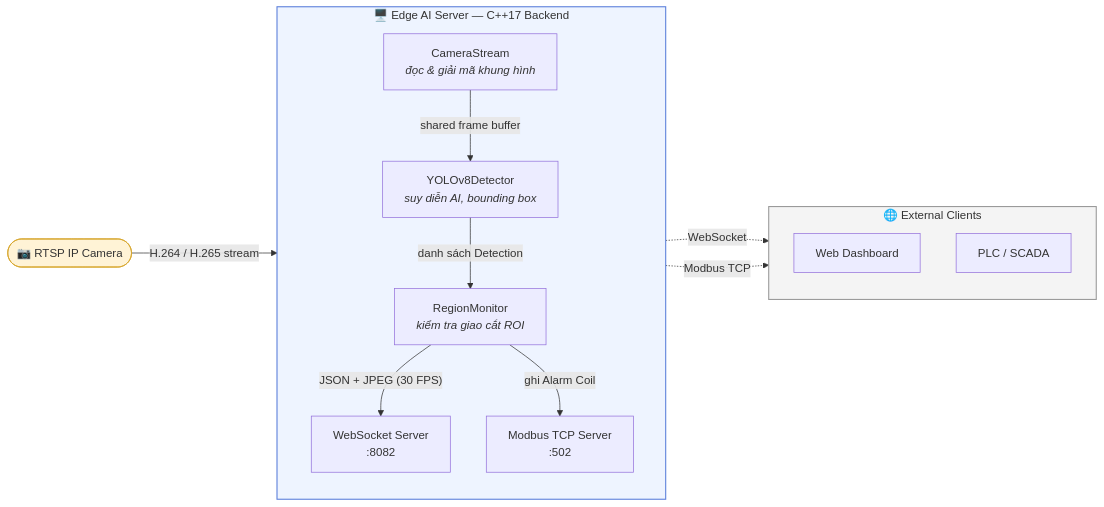
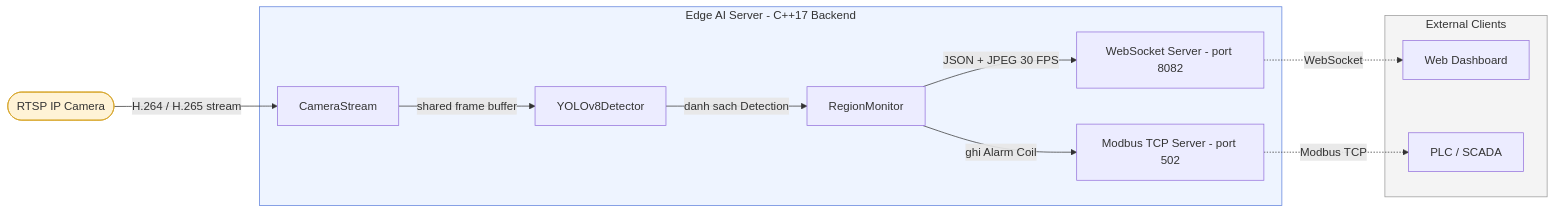
One commit to duchoang206/Machine-Vision-Tutorial changed the first of 4 diagrams in README.md. Above: the diagram before and after it, drawn with Mermaid. The commit also changed other lines of this file, not shown here.

````diff
--- a/README.md
+++ b/README.md
@@ -154,32 +103,30 @@
 ```mermaid
 flowchart LR
-    Cam(["📷 RTSP IP Camera"])
+    Cam(["RTSP IP Camera"])
 
-    subgraph Edge["🖥️ Edge AI Server — C++17 Backend"]
-        direction TB
-        CamMod["CameraStream<br/><i>đọc & giải mã khung hình</i>"]
-        AIMod["YOLOv8Detector<br/><i>suy diễn AI, bounding box</i>"]
-        ROIMod["RegionMonitor<br/><i>kiểm tra giao cắt ROI</i>"]
-        WSMod["WebSocket Server<br/>:8082"]
-        MBMod["Modbus TCP Server<br/>:502"]
+    subgraph Edge["Edge AI Server - C++17 Backend"]
+        CamMod["CameraStream"]
+        AIMod["YOLOv8Detector"]
+        ROIMod["RegionMonitor"]
+        WSMod["WebSocket Server - port 8082"]
+        MBMod["Modbus TCP Server - port 502"]
 
-        CamMod -- "shared frame buffer" --> AIMod
-        AIMod -- "danh sách Detection" --> ROIMod
-        ROIMod -- "JSON + JPEG (30 FPS)" --> WSMod
-        ROIMod -- "ghi Alarm Coil" --> MBMod
+        CamMod -->|shared frame buffer| AIMod
+        AIMod -->|danh sach Detection| ROIMod
+        ROIMod -->|JSON + JPEG 30 FPS| WSMod
+        ROIMod -->|ghi Alarm Coil| MBMod
     end
 
-    subgraph Clients["🌐 External Clients"]
-        direction TB
+    subgraph Clients["External Clients"]
         WebClient["Web Dashboard"]
         PLC["PLC / SCADA"]
     end
 
-    Cam -- "H.264 / H.265 stream" --> CamMod
-    WSMod -. "WebSocket" .-> WebClient
-    MBMod -. "Modbus TCP" .-> PLC
+    Cam -->|H.264 / H.265 stream| CamMod
+    WSMod -.->|WebSocket| WebClient
+    MBMod -.->|Modbus TCP| PLC
 
-    style Edge fill:#eef4ff,stroke:#5b7fdb,stroke-width:1.5px
-    style Clients fill:#f4f4f4,stroke:#999,stroke-width:1.5px
-    style Cam fill:#fff3d6,stroke:#d6a326
+    style Edge fill:#eef4ff,stroke:#5b7fdb,stroke-width:1px
+    style Clients fill:#f4f4f4,stroke:#999999,stroke-width:1px
+    style Cam fill:#fff3d6,stroke:#d6a326,stroke-width:1px
 ```
````
